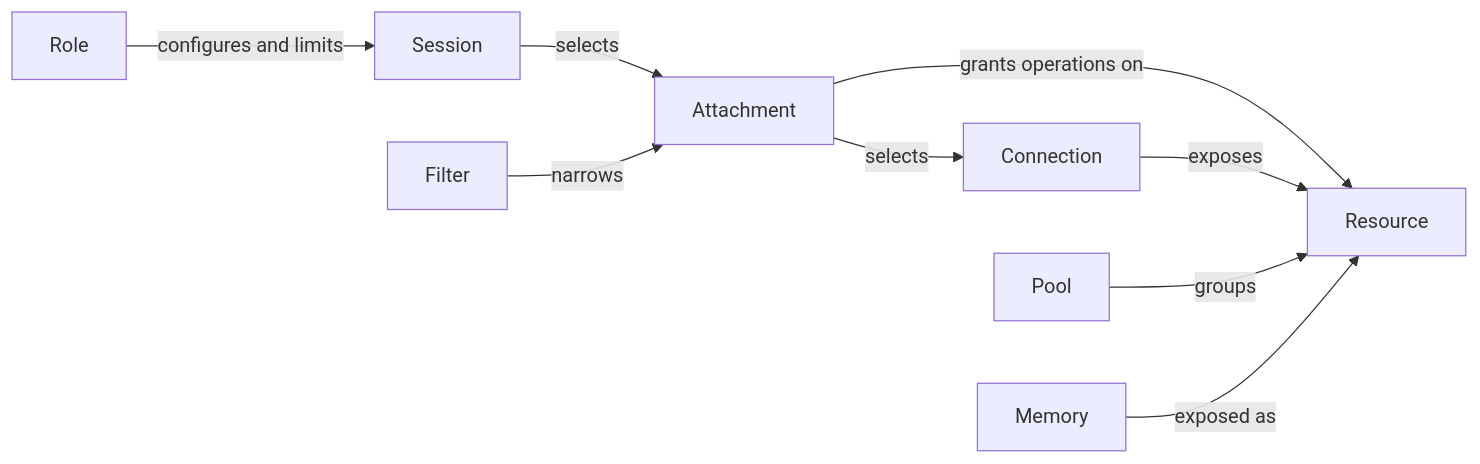
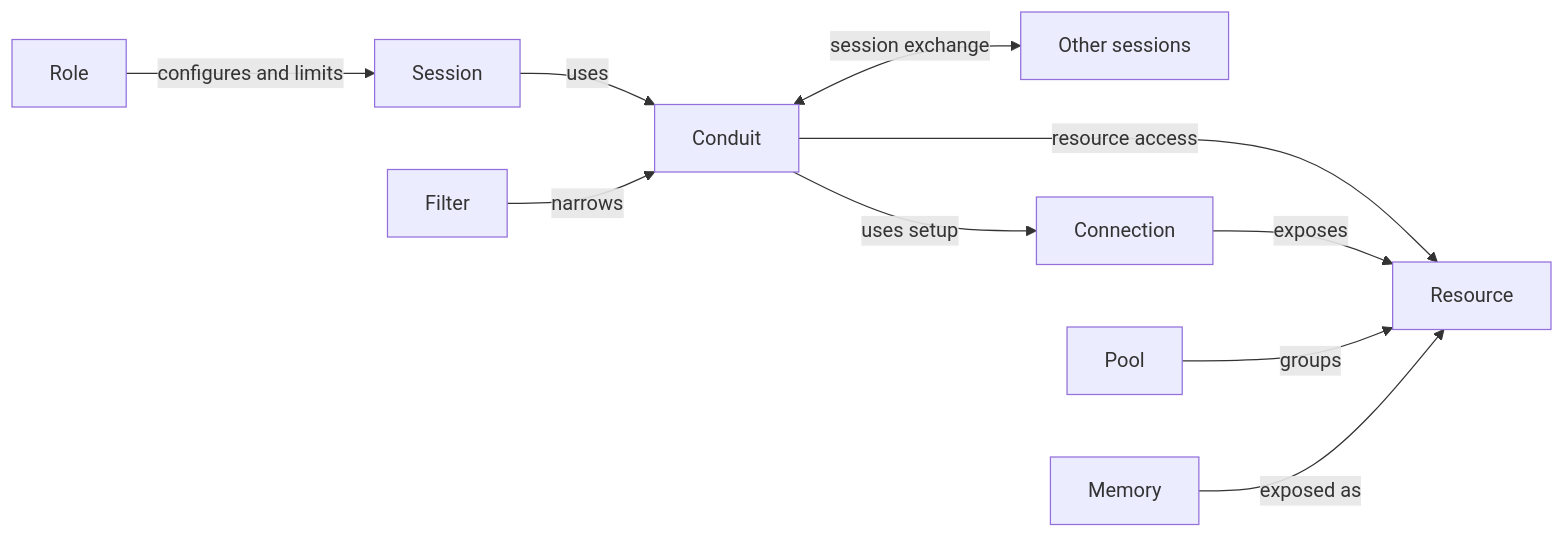
The diagram in SPEC.md (shrav-k/conduit), drawn with Mermaid before and after one commit. The commit also changed other lines of this file and 4 other files, not shown here.

````diff
--- a/SPEC.md
+++ b/SPEC.md
@@ -58,11 +67,12 @@
 ```mermaid
 flowchart LR
     Role -->|configures and limits| Session
-    Session -->|selects| Attachment
-    Filter -->|narrows| Attachment
-    Attachment -->|grants operations on| Resource
-    Attachment -->|selects| Connection
+    Session -->|uses| Conduit
+    Filter -->|narrows| Conduit
+    Conduit -->|resource access| Resource
+    Conduit <-->|session exchange| Peer[Other sessions]
+    Conduit -->|uses setup| Connection
     Connection -->|exposes| Resource
     Pool -->|groups| Resource
     Memory -->|exposed as| Resource
 ```
````
